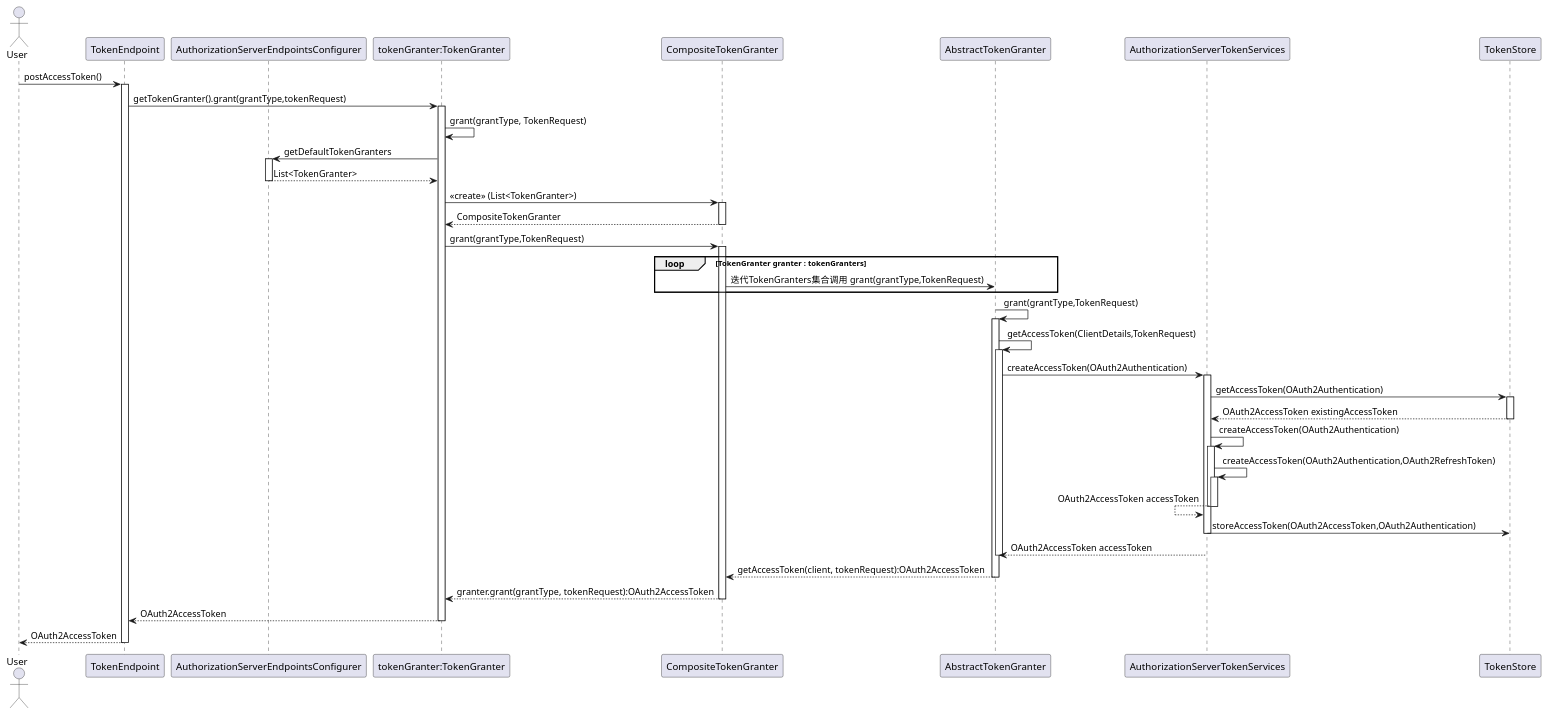
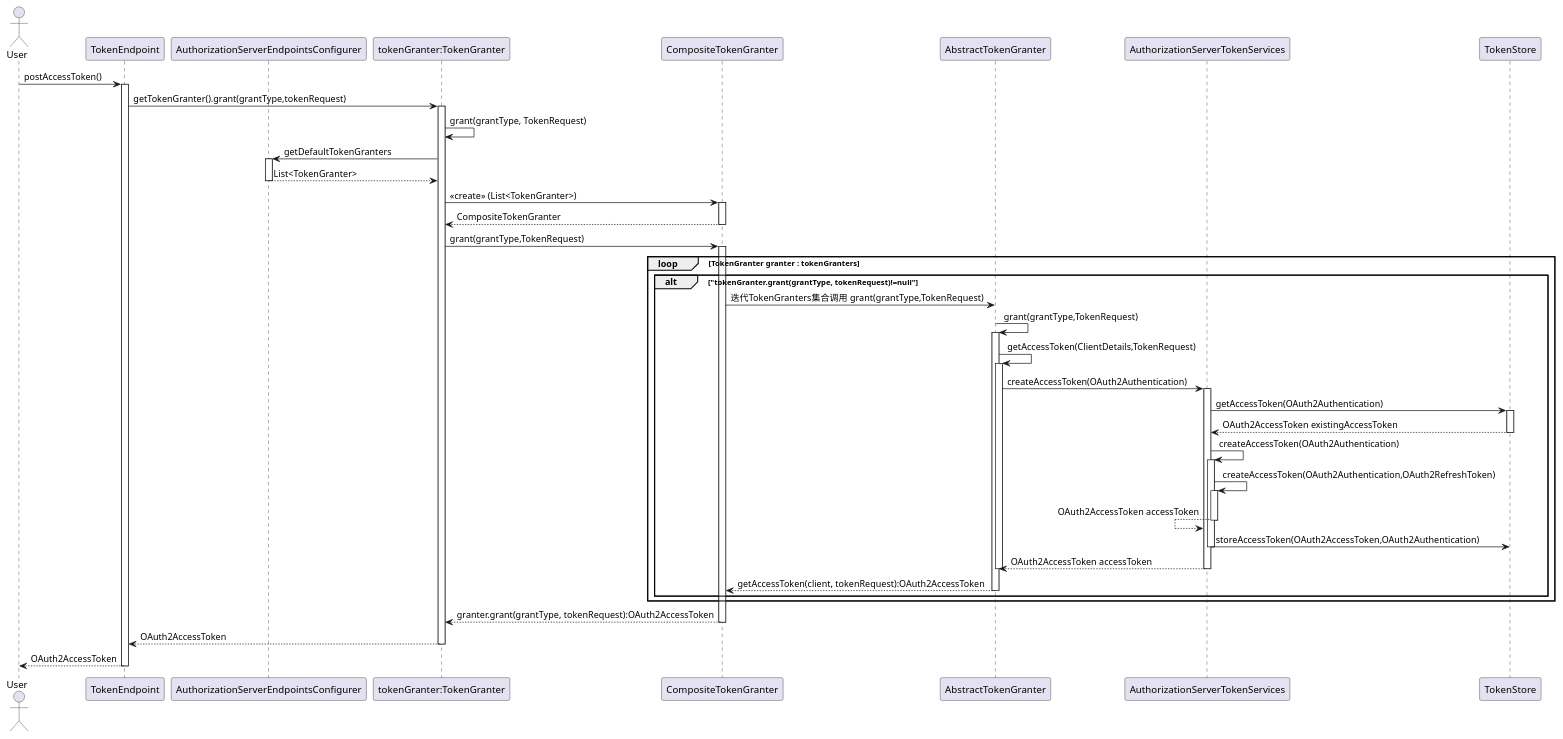
Before and after one commit to JL-Code/thinking-in-java: the diagram in doc/uml/TokenEndpointTokenGrantFlow.puml, drawn with PlantUML.

Commit message:
更新TokenEndpointTokenGrantFlow

```diff
--- a/doc/uml/TokenEndpointTokenGrantFlow.puml
+++ b/doc/uml/TokenEndpointTokenGrantFlow.puml
@@ -1,98 +1,100 @@
 @startuml
 actor User
 participant TokenEndpoint
 participant AuthorizationServerEndpointsConfigurer
 participant "tokenGranter:TokenGranter" as TokenGranter
 participant CompositeTokenGranter
 participant AbstractTokenGranter
 participant AuthorizationServerTokenServices
 participant TokenStore
 
 '/oauth/token,post
 User-> TokenEndpoint: postAccessToken()
 activate TokenEndpoint
 
 'TokenRequest tokenRequest = getOAuth2RequestFactory().createTokenRequest(parameters, authenticatedClient)
 'OAuth2AccessToken token = getTokenGranter().grant(tokenRequest.getGrantType(), tokenRequest)
 TokenEndpoint->TokenGranter: getTokenGranter().grant(grantType,tokenRequest)
 activate TokenGranter
 
 TokenGranter-> TokenGranter:grant(grantType, TokenRequest)
 'AuthorizationServerEndpointsConfigurer：
 '@Override
 '				public OAuth2AccessToken grant(String grantType, TokenRequest tokenRequest) {
 '					if (delegate == null) {
 '						delegate = new CompositeTokenGranter(getDefaultTokenGranters());
 '					}
 '					return delegate.grant(grantType, tokenRequest);
 '				}
 
 'grant(grantType, TokenRequest)
 TokenGranter-> AuthorizationServerEndpointsConfigurer:getDefaultTokenGranters
 activate AuthorizationServerEndpointsConfigurer
 
 TokenGranter<--AuthorizationServerEndpointsConfigurer:List<TokenGranter>
 deactivate AuthorizationServerEndpointsConfigurer
 
 TokenGranter-> CompositeTokenGranter: <<create>> (List<TokenGranter>)
 activate CompositeTokenGranter
 
 TokenGranter<-- CompositeTokenGranter:CompositeTokenGranter
 deactivate CompositeTokenGranter
 
 TokenGranter->CompositeTokenGranter:grant(grantType,TokenRequest)
 activate CompositeTokenGranter
 
 'CompositeTokenGranter: 迭代 TokenGranters 集合调用 grant(grantType,TokenRequest)
 loop TokenGranter granter : tokenGranters
-CompositeTokenGranter->AbstractTokenGranter: 迭代TokenGranters集合调用 grant(grantType,TokenRequest)
+    alt "tokenGranter.grant(grantType, tokenRequest)!=null"
+
+        CompositeTokenGranter->AbstractTokenGranter: 迭代TokenGranters集合调用 grant(grantType,TokenRequest)
+
+        AbstractTokenGranter->AbstractTokenGranter:grant(grantType,TokenRequest)
+        activate AbstractTokenGranter
+
+        AbstractTokenGranter->AbstractTokenGranter:getAccessToken(ClientDetails,TokenRequest)
+        activate AbstractTokenGranter
+
+        AbstractTokenGranter->AuthorizationServerTokenServices:createAccessToken(OAuth2Authentication)
+        activate AuthorizationServerTokenServices
+
+        AuthorizationServerTokenServices->TokenStore:getAccessToken(OAuth2Authentication)
+        activate TokenStore
+
+        AuthorizationServerTokenServices<--TokenStore:OAuth2AccessToken existingAccessToken
+        deactivate TokenStore
+
+        AuthorizationServerTokenServices->AuthorizationServerTokenServices:createAccessToken(OAuth2Authentication)
+        activate AuthorizationServerTokenServices
+
+        AuthorizationServerTokenServices->AuthorizationServerTokenServices:createAccessToken(OAuth2Authentication,OAuth2RefreshToken)
+        activate AuthorizationServerTokenServices
+
+        AuthorizationServerTokenServices<--AuthorizationServerTokenServices:OAuth2AccessToken accessToken
+        deactivate AuthorizationServerTokenServices
+
+        'tokenStore.storeAccessToken(accessToken, authentication);
+        AuthorizationServerTokenServices->TokenStore:storeAccessToken(OAuth2AccessToken,OAuth2Authentication)
+        deactivate AuthorizationServerTokenServices
+
+        'AbstractTokenGranter：tokenServices.createAccessToken(getOAuth2Authentication(client, tokenRequest));
+        AbstractTokenGranter<--AuthorizationServerTokenServices:OAuth2AccessToken accessToken
+        deactivate AbstractTokenGranter
+        deactivate AuthorizationServerTokenServices
+
+        CompositeTokenGranter<--AbstractTokenGranter:getAccessToken(client, tokenRequest):OAuth2AccessToken
+        deactivate AbstractTokenGranter
+    end
 end
 
-AbstractTokenGranter->AbstractTokenGranter:grant(grantType,TokenRequest)
-activate AbstractTokenGranter
-
-AbstractTokenGranter->AbstractTokenGranter:getAccessToken(ClientDetails,TokenRequest)
-activate AbstractTokenGranter
-
-AbstractTokenGranter->AuthorizationServerTokenServices:createAccessToken(OAuth2Authentication)
-activate AuthorizationServerTokenServices
-
-AuthorizationServerTokenServices->TokenStore:getAccessToken(OAuth2Authentication)
-activate TokenStore
-
-AuthorizationServerTokenServices<--TokenStore:OAuth2AccessToken existingAccessToken
-deactivate TokenStore
-
-AuthorizationServerTokenServices->AuthorizationServerTokenServices:createAccessToken(OAuth2Authentication)
-activate AuthorizationServerTokenServices
-
-AuthorizationServerTokenServices->AuthorizationServerTokenServices:createAccessToken(OAuth2Authentication,OAuth2RefreshToken)
-activate AuthorizationServerTokenServices
-
-AuthorizationServerTokenServices<--AuthorizationServerTokenServices:OAuth2AccessToken accessToken
-deactivate AuthorizationServerTokenServices
-deactivate AuthorizationServerTokenServices
-
-
-
-'tokenStore.storeAccessToken(accessToken, authentication);
-AuthorizationServerTokenServices->TokenStore:storeAccessToken(OAuth2AccessToken,OAuth2Authentication)
-deactivate AuthorizationServerTokenServices
-
-'AbstractTokenGranter：tokenServices.createAccessToken(getOAuth2Authentication(client, tokenRequest));
-AbstractTokenGranter<--AuthorizationServerTokenServices:OAuth2AccessToken accessToken
-deactivate AbstractTokenGranter
-
-CompositeTokenGranter<--AbstractTokenGranter:getAccessToken(client, tokenRequest):OAuth2AccessToken
-deactivate AbstractTokenGranter
 
 TokenGranter<--CompositeTokenGranter: granter.grant(grantType, tokenRequest):OAuth2AccessToken
 deactivate CompositeTokenGranter
 
 TokenEndpoint<--TokenGranter:OAuth2AccessToken
 deactivate TokenGranter
 
 User<--TokenEndpoint:OAuth2AccessToken
 deactivate TokenEndpoint
 
 @enduml
```
